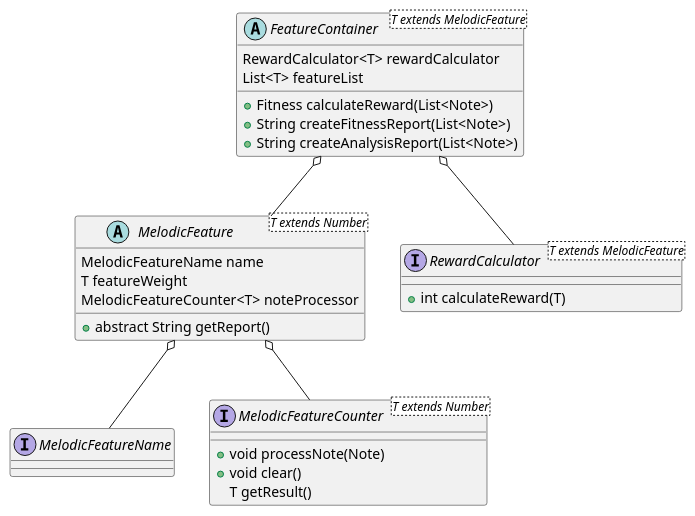
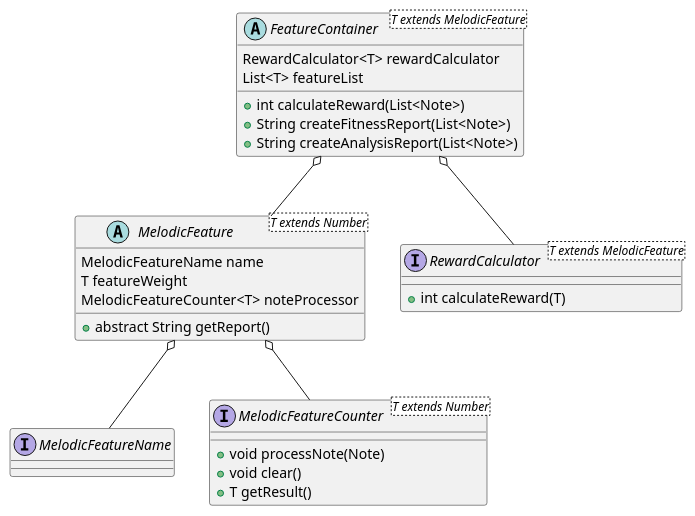
The diagram in src/main/resources/analysis_packages.puml (bonczek/MusicComposer), drawn with PlantUML before and after one commit. The commit also changed 6 other files, not shown here.

Commit message:
diagrams and small refactor of fitness class usage

```diff
--- a/src/main/resources/analysis_packages.puml
+++ b/src/main/resources/analysis_packages.puml
@@ -1,36 +1,36 @@
 @startuml
 
 interface MelodicFeatureName
 
 interface MelodicFeatureCounter<T extends Number> {
     + void processNote(Note)
     + void clear()
-    T getResult()
+    + T getResult()
 }
 
 abstract class MelodicFeature<T extends Number> {
     MelodicFeatureName name
     T featureWeight
     MelodicFeatureCounter<T> noteProcessor
     + abstract String getReport()
 }
 
 MelodicFeature o-- MelodicFeatureName
 MelodicFeature o-- MelodicFeatureCounter
 
 interface RewardCalculator<T extends MelodicFeature> {
     + int calculateReward(T)
 }
 
 abstract class FeatureContainer<T extends MelodicFeature> {
     RewardCalculator<T> rewardCalculator
     List<T> featureList
-    + Fitness calculateReward(List<Note>)
+    + int calculateReward(List<Note>)
     + String createFitnessReport(List<Note>)
     + String createAnalysisReport(List<Note>)
 }
 
 FeatureContainer o-- MelodicFeature
 FeatureContainer o-- RewardCalculator
 
 @enduml
```
